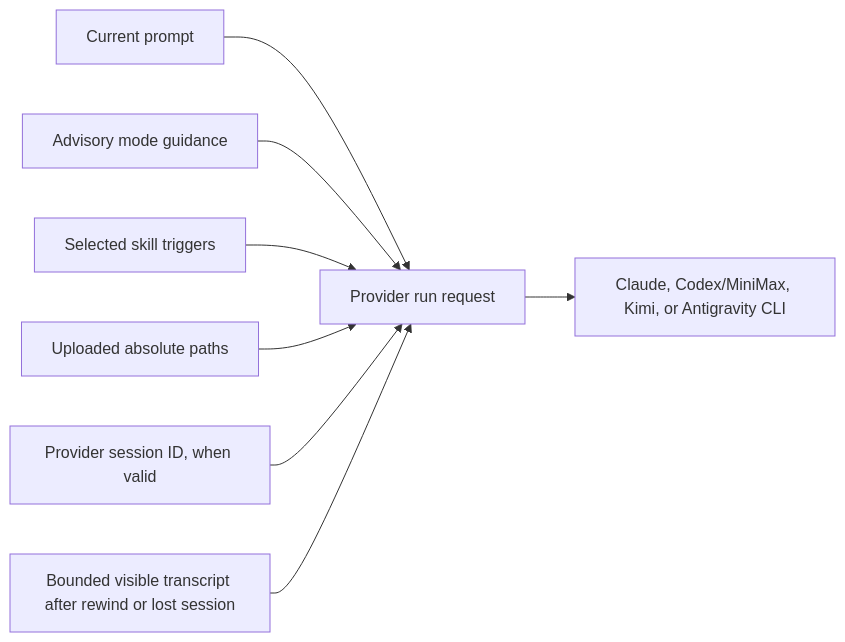
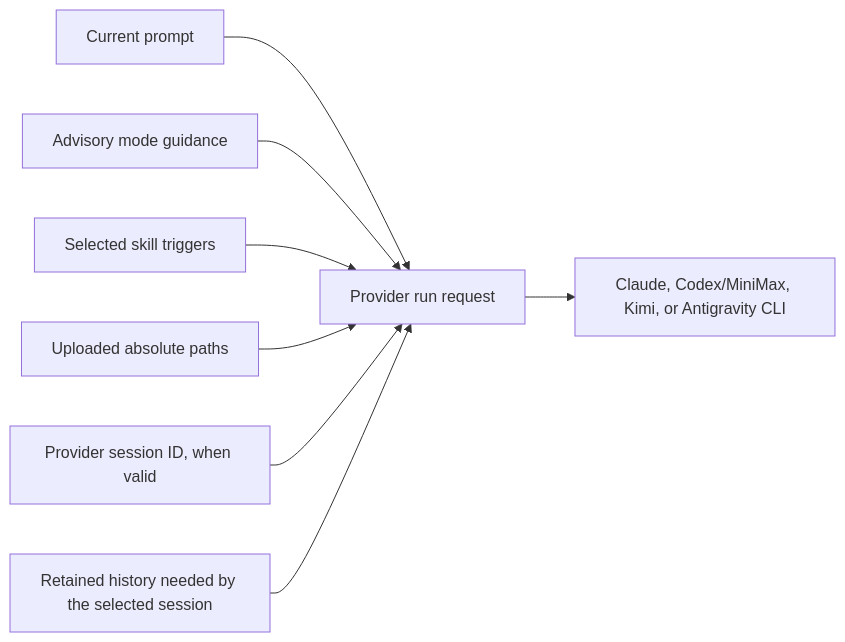
One commit to futrx-com/remote.futrx changed the diagram in docs/02-user-guide/04-prompts-context-and-conversation.md. Above: the diagram before and after it, drawn with Mermaid. The commit also changed other lines of this file and 62 other files, not shown here.

````diff
--- a/docs/02-user-guide/04-prompts-context-and-conversation.md
+++ b/docs/02-user-guide/04-prompts-context-and-conversation.md
@@ -27,10 +27,10 @@
 ```mermaid
 flowchart LR
     Prompt["Current prompt"] --> Request["Provider run request"]
     Mode["Advisory mode guidance"] --> Request
     Skills["Selected skill triggers"] --> Request
     Files["Uploaded absolute paths"] --> Request
     Session["Provider session ID, when valid"] --> Request
-    History["Bounded visible transcript after rewind or lost session"] --> Request
+    History["Retained history needed by the selected session"] --> Request
     Request --> Agent["Claude, Codex/MiniMax, Kimi, or Antigravity CLI"]
 ```
````
